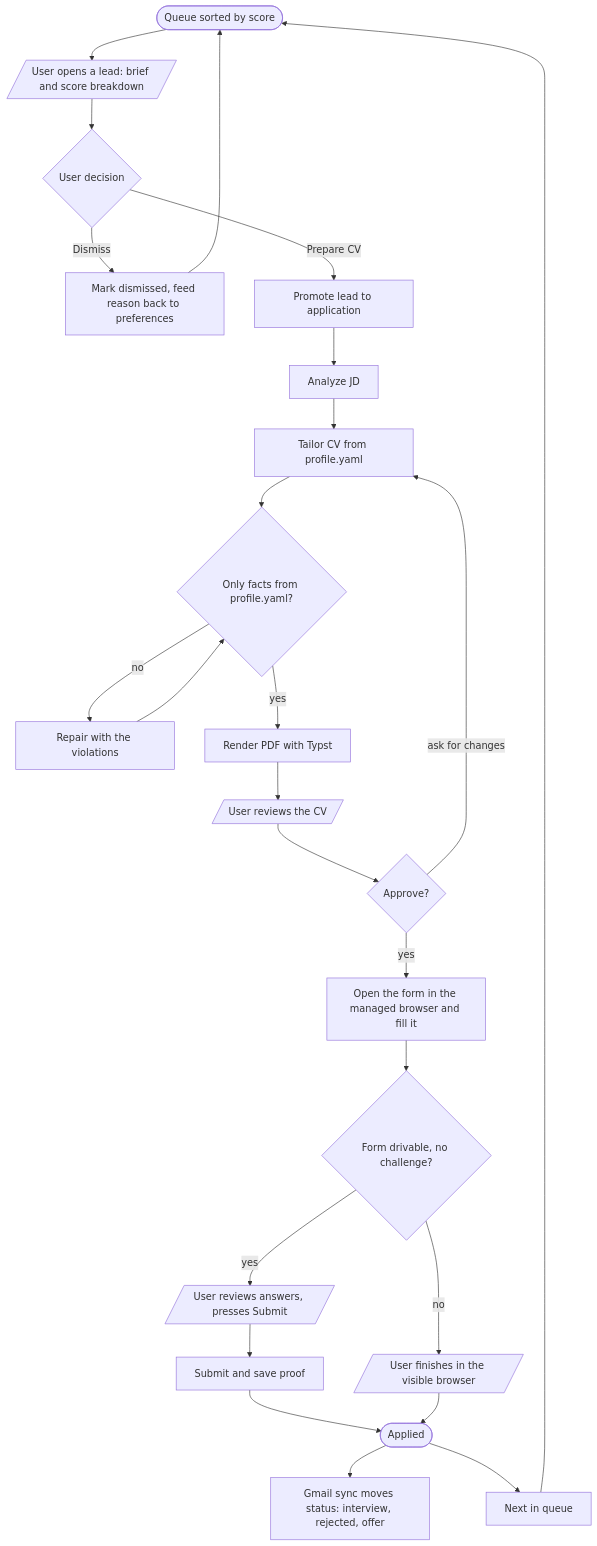
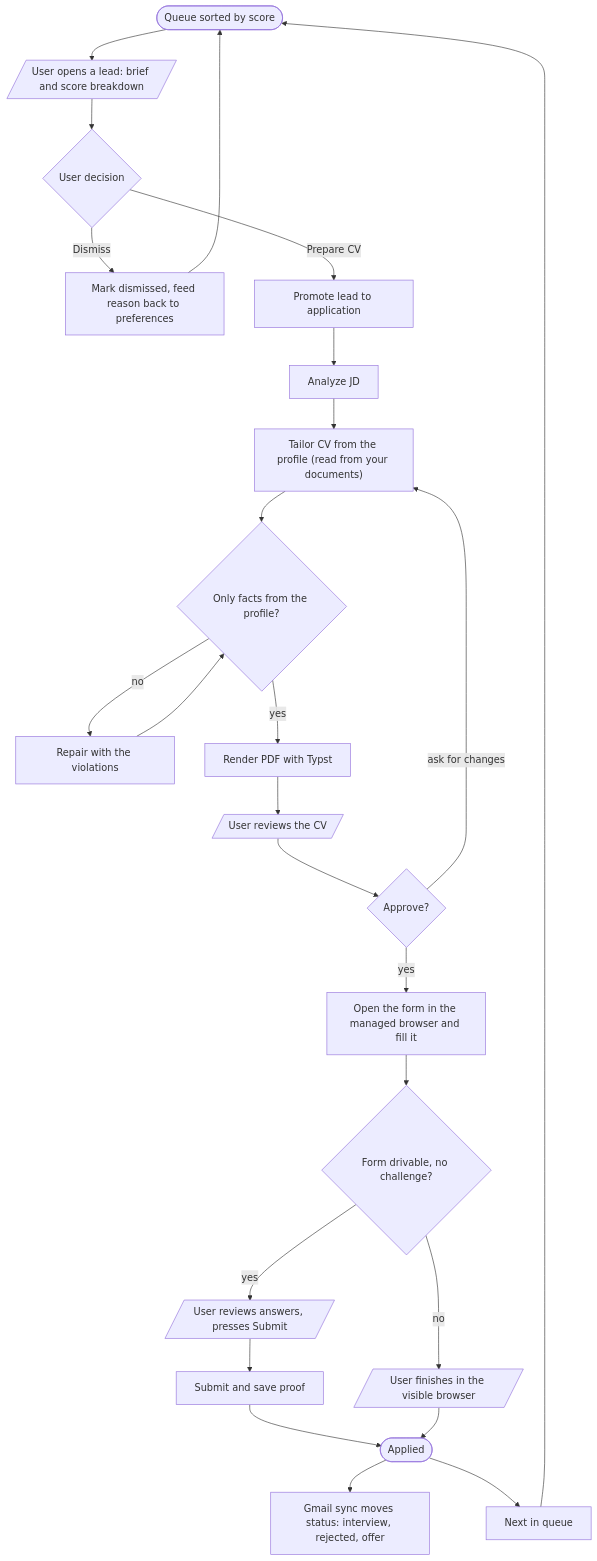
Before and after one commit to phucvinh57/jobpilot: the third of 4 diagrams in docs/plans/activity-diagram.md, drawn with Mermaid. The commit also changed 5 other files, not shown here.

First line of the commit message:
docs: the profile comes from the user's documents, not profile.yaml

````diff
--- a/docs/plans/activity-diagram.md
+++ b/docs/plans/activity-diagram.md
@@ -69,30 +69,30 @@
 ```mermaid
 flowchart TD
     start([Queue sorted by score]) --> open[/"User opens a lead: brief and score breakdown"/]
     open --> choice{"User decision"}
     choice -- Dismiss --> exclude["Mark dismissed, feed reason back to preferences"]
     exclude --> start
 
     choice -- "Prepare CV" --> promote["Promote lead to application"]
     promote --> analyze["Analyze JD"]
-    analyze --> tailor["Tailor CV from profile.yaml"]
-    tailor --> guard{"Only facts from profile.yaml?"}
+    analyze --> tailor["Tailor CV from the profile (read from your documents)"]
+    tailor --> guard{"Only facts from the profile?"}
     guard -- no --> repair["Repair with the violations"]
     repair --> guard
     guard -- yes --> render["Render PDF with Typst"]
 
     render --> review[/"User reviews the CV"/]
     review --> approve{"Approve?"}
     approve -- "ask for changes" --> tailor
     approve -- yes --> fill["Open the form in the managed browser and fill it"]
 
     fill --> drivable{"Form drivable, no challenge?"}
     drivable -- no --> manual[/"User finishes in the visible browser"/]
     drivable -- yes --> answers[/"User reviews answers, presses Submit"/]
     answers --> submit["Submit and save proof"]
     submit --> applied([Applied])
     manual --> applied
     applied --> mail["Gmail sync moves status: interview, rejected, offer"]
     applied --> nextLead["Next in queue"]
     nextLead --> start
 ```
````
